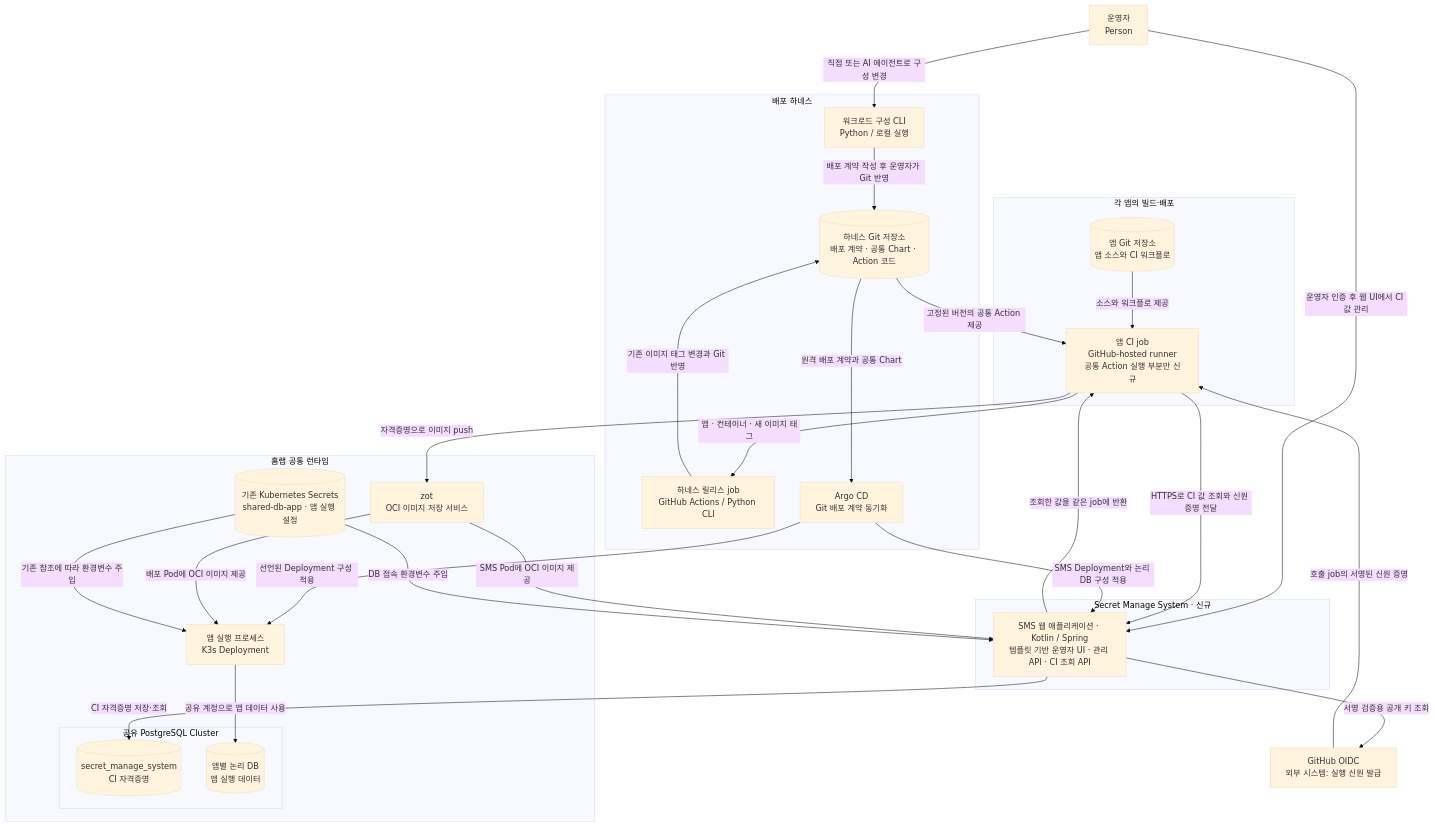
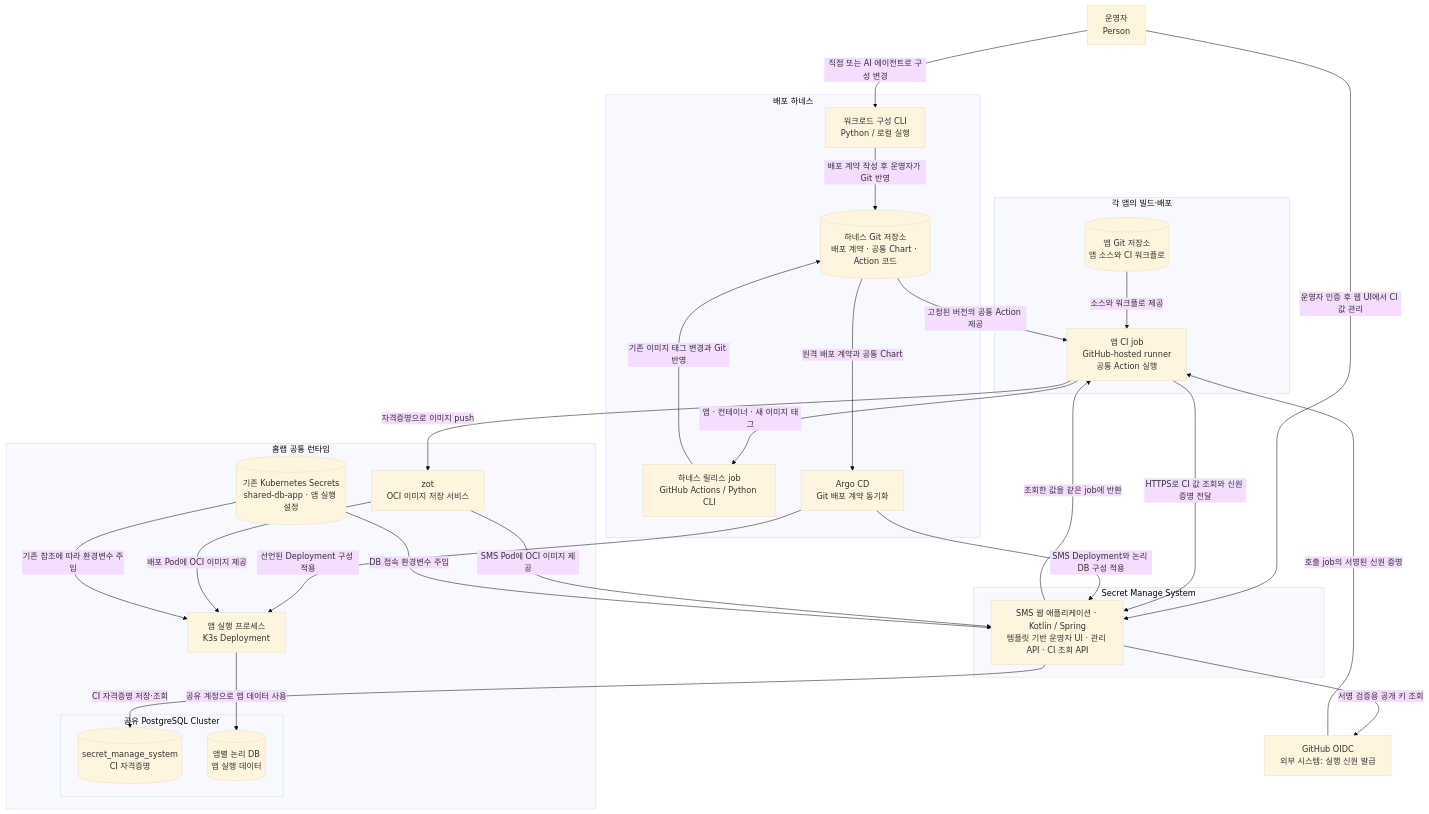
The second of 2 diagrams in SYSTEM_DESIGN.md (robinjoon/Simple-K3S-Herness), drawn with Mermaid (base theme) before and after one commit. The commit also changed other lines of this file and 9 other files, not shown here.

Commit message:
docs: publish system diagram and agent startup guide

````diff
--- a/SYSTEM_DESIGN.md
+++ b/SYSTEM_DESIGN.md
@@ -70,53 +72,53 @@
 ```mermaid
 flowchart TB
     operator["운영자<br/>Person"]
     oidc["GitHub OIDC<br/>외부 시스템: 실행 신원 발급"]
 
     subgraph appDelivery["각 앱의 빌드·배포"]
         appRepo[("앱 Git 저장소<br/>앱 소스와 CI 워크플로")]
-        appCI["앱 CI job<br/>GitHub-hosted runner<br/>공통 Action 실행 부분만 신규"]
+        appCI["앱 CI job<br/>GitHub-hosted runner<br/>공통 Action 실행"]
     end
 
     subgraph harnessBoundary["배포 하네스"]
         harnessGit[("하네스 Git 저장소<br/>배포 계약 · 공통 Chart · Action 코드")]
         configCLI["워크로드 구성 CLI<br/>Python / 로컬 실행"]
         release["하네스 릴리스 job<br/>GitHub Actions / Python CLI"]
         argo["Argo CD<br/>Git 배포 계약 동기화"]
     end
 
-    subgraph smsBoundary["Secret Manage System · 신규"]
+    subgraph smsBoundary["Secret Manage System"]
         sms["SMS 웹 애플리케이션 · Kotlin / Spring<br/>템플릿 기반 운영자 UI · 관리 API · CI 조회 API"]
     end
 
     subgraph homelabBoundary["홈랩 공통 런타임"]
         registry["zot<br/>OCI 이미지 저장 서비스"]
         app["앱 실행 프로세스<br/>K3s Deployment"]
         runtime[("기존 Kubernetes Secrets<br/>shared-db-app · 앱 실행 설정")]
         subgraph sharedDatabase["공유 PostgreSQL Cluster"]
             smsDB[("secret_manage_system<br/>CI 자격증명")]
             appDBs[("앱별 논리 DB<br/>앱 실행 데이터")]
         end
     end
 
     operator -->|"직접 또는 AI 에이전트로 구성 변경"| configCLI
     configCLI -->|"배포 계약 작성 후 운영자가 Git 반영"| harnessGit
     operator -->|"운영자 인증 후 웹 UI에서 CI 값 관리"| sms
     appRepo -->|"소스와 워크플로 제공"| appCI
     harnessGit -->|"고정된 버전의 공통 Action 제공"| appCI
     oidc -->|"호출 job의 서명된 신원 증명"| appCI
     appCI -->|"HTTPS로 CI 값 조회와 신원 증명 전달"| sms
     sms -->|"서명 검증용 공개 키 조회"| oidc
     sms -->|"CI 자격증명 저장·조회"| smsDB
     sms -->|"조회한 값을 같은 job에 반환"| appCI
     appCI -->|"자격증명으로 이미지 push"| registry
     appCI -->|"앱 · 컨테이너 · 새 이미지 태그"| release
     release -->|"기존 이미지 태그 변경과 Git 반영"| harnessGit
     harnessGit -->|"원격 배포 계약과 공통 Chart"| argo
     argo -->|"선언된 Deployment 구성 적용"| app
     argo -->|"SMS Deployment와 논리 DB 구성 적용"| sms
     registry -->|"배포 Pod에 OCI 이미지 제공"| app
     registry -->|"SMS Pod에 OCI 이미지 제공"| sms
     runtime -->|"기존 참조에 따라 환경변수 주입"| app
     runtime -->|"DB 접속 환경변수 주입"| sms
     app -->|"공유 계정으로 앱 데이터 사용"| appDBs
 ```
````
